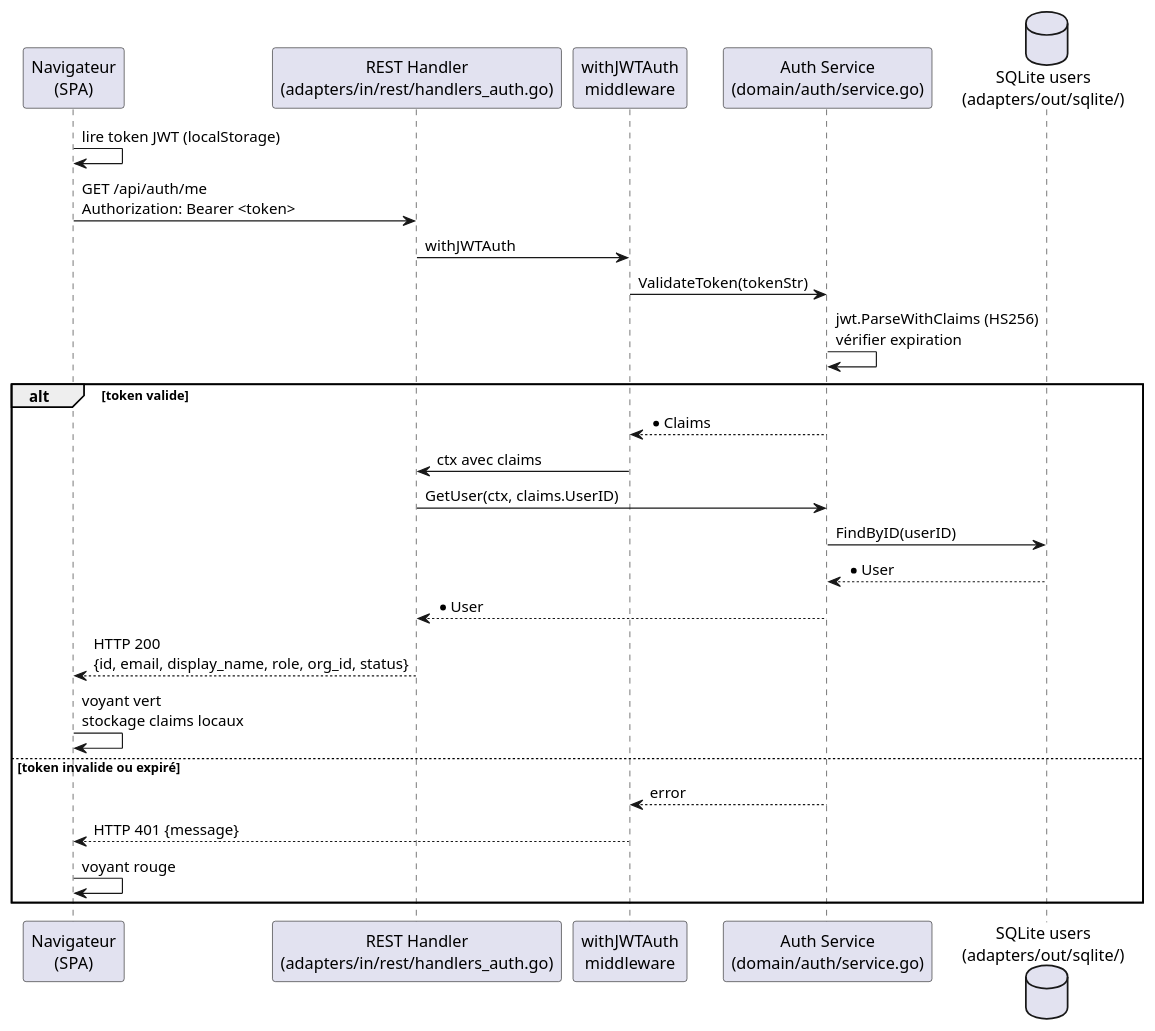
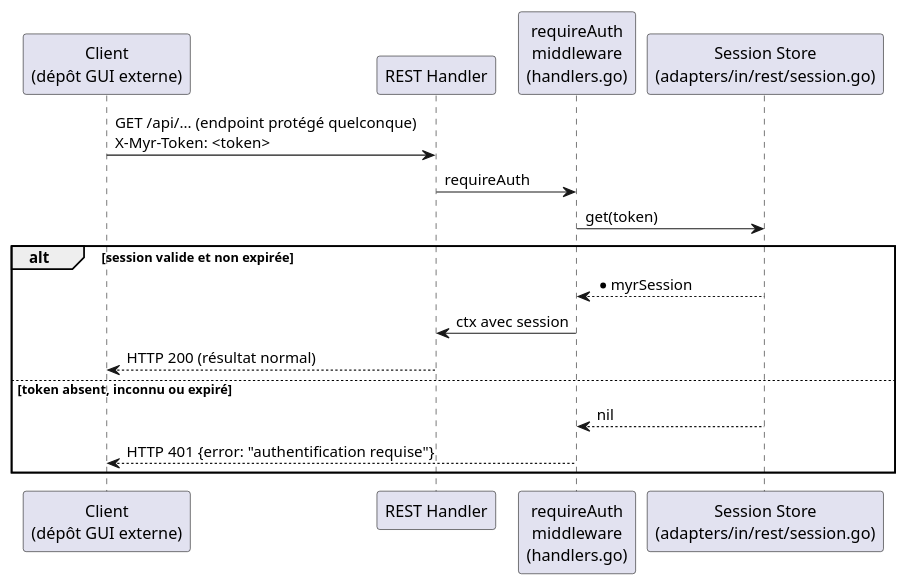
Before and after one commit to olivaux/myr: the second of 2 diagrams in specs/2-Analyse/UCA-Compte_et_Acces/UCA04.md, drawn with PlantUML. The commit also changed other lines of this file and 72 other files, not shown here.

````diff
--- a/specs/2-Analyse/UCA-Compte_et_Acces/UCA04.md
+++ b/specs/2-Analyse/UCA-Compte_et_Acces/UCA04.md
@@ -87,30 +72,21 @@
 ```plantuml
 @startuml
-participant "Navigateur\n(SPA)" as Browser
-participant "REST Handler\n(adapters/in/rest/handlers_auth.go)" as REST
-participant "withJWTAuth\nmiddleware" as Middleware
-participant "Auth Service\n(domain/auth/service.go)" as Service
-database "SQLite users\n(adapters/out/sqlite/)" as SQLite
+participant "Client\n(dépôt GUI externe)" as Client
+participant "REST Handler" as REST
+participant "requireAuth\nmiddleware\n(handlers.go)" as Middleware
+participant "Session Store\n(adapters/in/rest/session.go)" as Sessions
 
-Browser -> Browser : lire token JWT (localStorage)
-Browser -> REST : GET /api/auth/me\nAuthorization: Bearer <token>
-REST -> Middleware : withJWTAuth
-Middleware -> Service : ValidateToken(tokenStr)
-Service -> Service : jwt.ParseWithClaims (HS256)\nvérifier expiration
+Client -> REST : GET /api/... (endpoint protégé quelconque)\nX-Myr-Token: <token>
+REST -> Middleware : requireAuth
+Middleware -> Sessions : get(token)
 
-alt token valide
-  Service --> Middleware : *Claims
-  Middleware -> REST : ctx avec claims
-  REST -> Service : GetUser(ctx, claims.UserID)
-  Service -> SQLite : FindByID(userID)
-  SQLite --> Service : *User
-  Service --> REST : *User
-  REST --> Browser : HTTP 200\n{id, email, display_name, role, org_id, status}
-  Browser -> Browser : voyant vert\nstockage claims locaux
-else token invalide ou expiré
-  Service --> Middleware : error
-  Middleware --> Browser : HTTP 401 {message}
-  Browser -> Browser : voyant rouge
+alt session valide et non expirée
+  Sessions --> Middleware : *myrSession
+  Middleware -> REST : ctx avec session
+  REST --> Client : HTTP 200 (résultat normal)
+else token absent, inconnu ou expiré
+  Sessions --> Middleware : nil
+  Middleware --> Client : HTTP 401 {error: "authentification requise"}
 end
 @enduml
 ```
````
